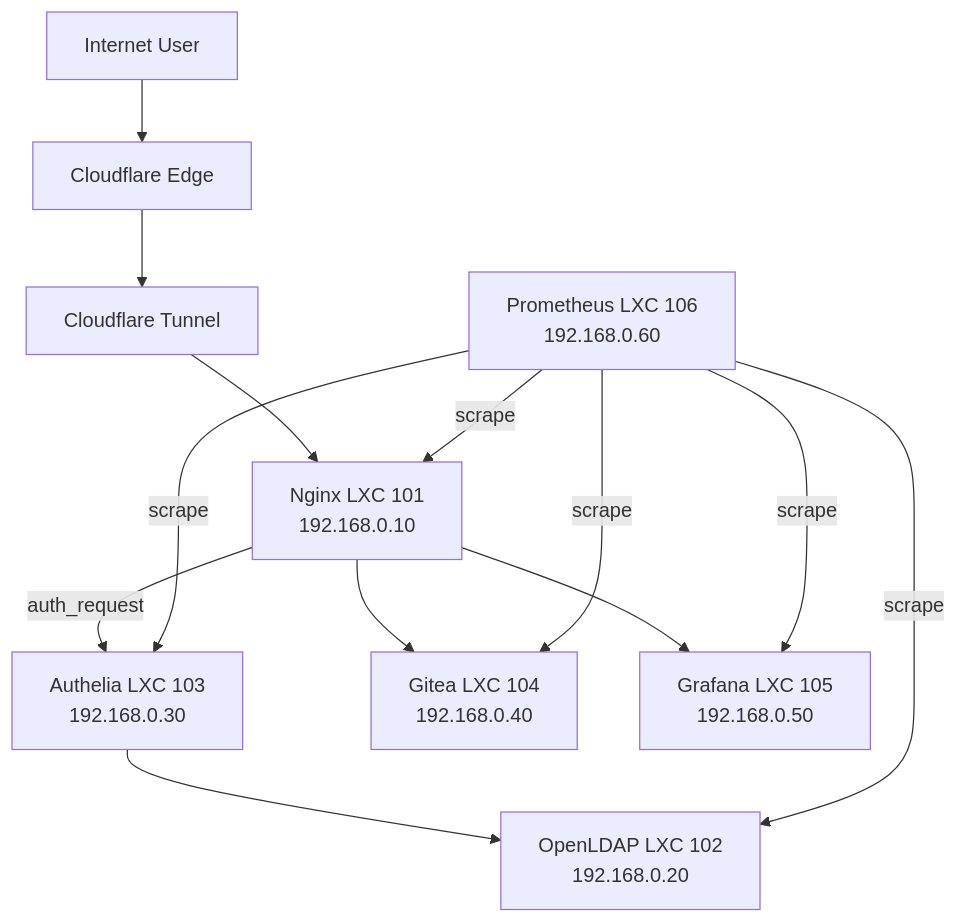
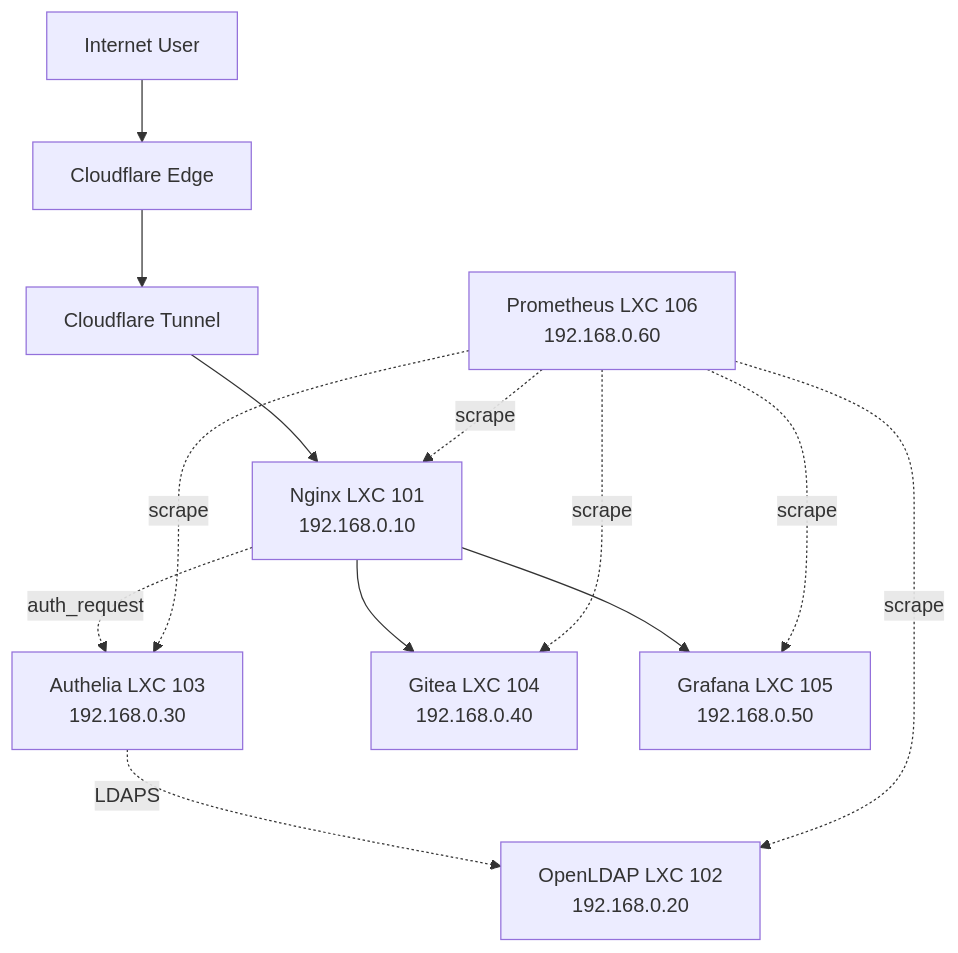
One commit to dmaljkovic/proxmox-homelab changed the diagram in docs/index.md. Above: the diagram before and after it, drawn with Mermaid. The commit also changed other lines of this file, not shown here.

Commit message:
Remove license link from home page

````diff
--- a/docs/index.md
+++ b/docs/index.md
@@ -36,15 +36,15 @@
 ```mermaid
 graph TB
     User[Internet User] --> CF[Cloudflare Edge]
     CF --> Tunnel[Cloudflare Tunnel]
     Tunnel --> Nginx[Nginx LXC 101<br/>192.168.0.10]
-    Nginx -->|auth_request| Authelia[Authelia LXC 103<br/>192.168.0.30]
-    Authelia --> LDAP[OpenLDAP LXC 102<br/>192.168.0.20]
+    Nginx -.->|auth_request| Authelia[Authelia LXC 103<br/>192.168.0.30]
+    Authelia -.->|LDAPS| LDAP[OpenLDAP LXC 102<br/>192.168.0.20]
     Nginx --> Gitea[Gitea LXC 104<br/>192.168.0.40]
     Nginx --> Grafana[Grafana LXC 105<br/>192.168.0.50]
-    Prometheus[Prometheus LXC 106<br/>192.168.0.60] -->|scrape| Nginx
-    Prometheus -->|scrape| Gitea
-    Prometheus -->|scrape| Grafana
-    Prometheus -->|scrape| Authelia
-    Prometheus -->|scrape| LDAP
+    Prom[Prometheus LXC 106<br/>192.168.0.60] -.->|scrape| Nginx
+    Prom -.->|scrape| Gitea
+    Prom -.->|scrape| Grafana
+    Prom -.->|scrape| Authelia
+    Prom -.->|scrape| LDAP
 ```
````
